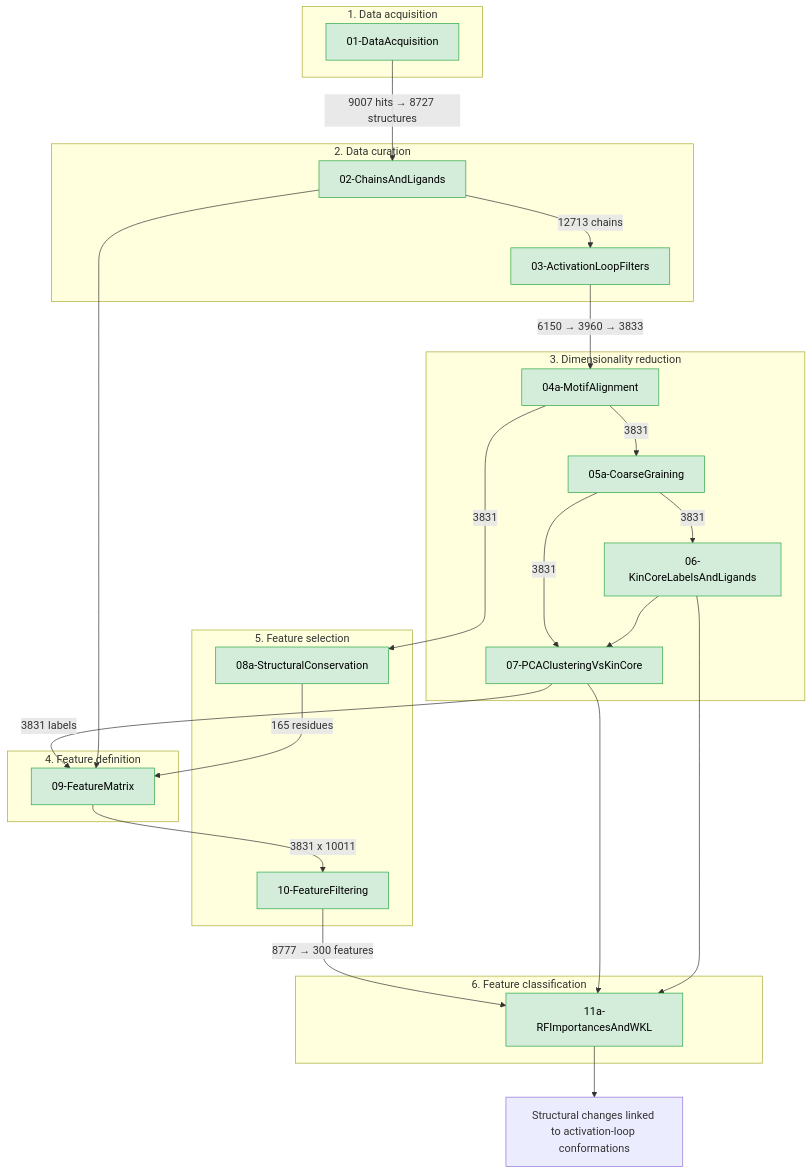
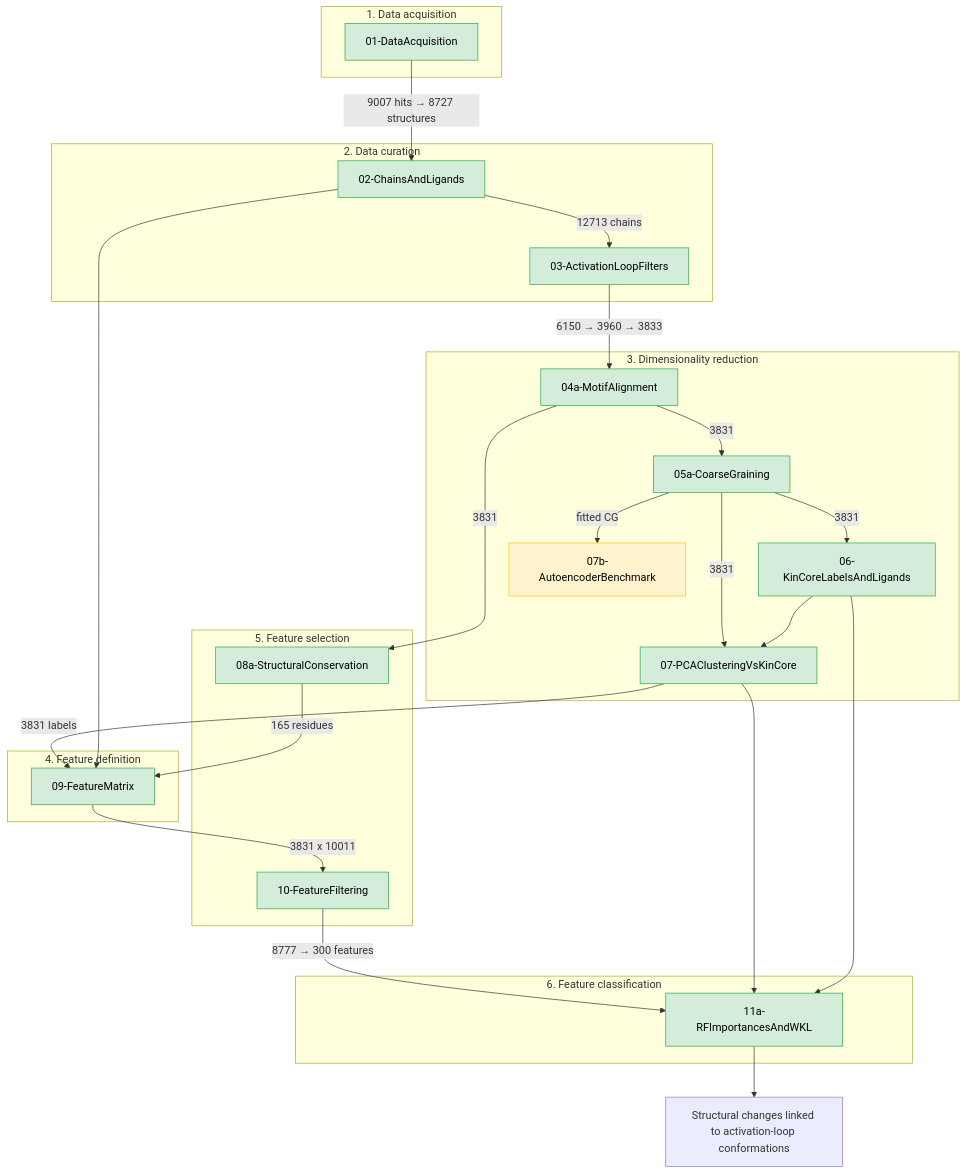
One commit to meyresearch/BRAF changed the diagram in README.md. Above: the diagram before and after it, drawn with Mermaid. The commit also changed other lines of this file and 10 other files, not shown here.

First line of the commit message:
Add 07b autoencoder benchmark experiment (CNN2d / Small / wr2DCNN).

````diff
--- a/README.md
+++ b/README.md
@@ -15,47 +15,50 @@
 ```mermaid
 flowchart TB
   subgraph s1 ["1. Data acquisition"]
     N01["01-DataAcquisition"]
   end
   subgraph s2 ["2. Data curation"]
     N02["02-ChainsAndLigands"]
     N03["03-ActivationLoopFilters"]
   end
   subgraph s3 ["3. Dimensionality reduction"]
     N04a["04a-MotifAlignment"]
     N05a["05a-CoarseGraining"]
     N06["06-KinCoreLabelsAndLigands"]
     N07["07-PCAClusteringVsKinCore"]
+    N07b["07b-AutoencoderBenchmark"]
   end
   subgraph s5 ["5. Feature selection"]
     N08a["08a-StructuralConservation"]
     N10["10-FeatureFiltering"]
   end
   subgraph s4 ["4. Feature definition"]
     N09["09-FeatureMatrix"]
   end
   subgraph s6 ["6. Feature classification"]
     N11a["11a-RFImportancesAndWKL"]
   end
 
   N01 -->|"9007 hits → 8727 structures"| N02
   N02 -->|"12713 chains"| N03
   N03 -->|"6150 → 3960 → 3833"| N04a
   N04a -->|"3831"| N05a
   N05a -->|"3831"| N06
   N05a -->|"3831"| N07
+  N05a -->|"fitted CG"| N07b
   N06 --> N07
   N04a -->|"3831"| N08a
   N08a -->|"165 residues"| N09
   N07 -->|"3831 labels"| N09
   N02 --> N09
   N09 -->|"3831 x 10011"| N10
   N10 -->|"8777 → 300 features"| N11a
   N07 --> N11a
   N06 --> N11a
   N11a --> outNode["Structural changes linked to activation-loop conformations"]
 
   classDef main fill:#d4edda,stroke:#28a745,color:#000
   classDef experiment fill:#fff3cd,stroke:#ffc107,color:#000
   class N01,N02,N03,N04a,N05a,N06,N07,N08a,N09,N10,N11a main
+  class N07b experiment
 ```
````
